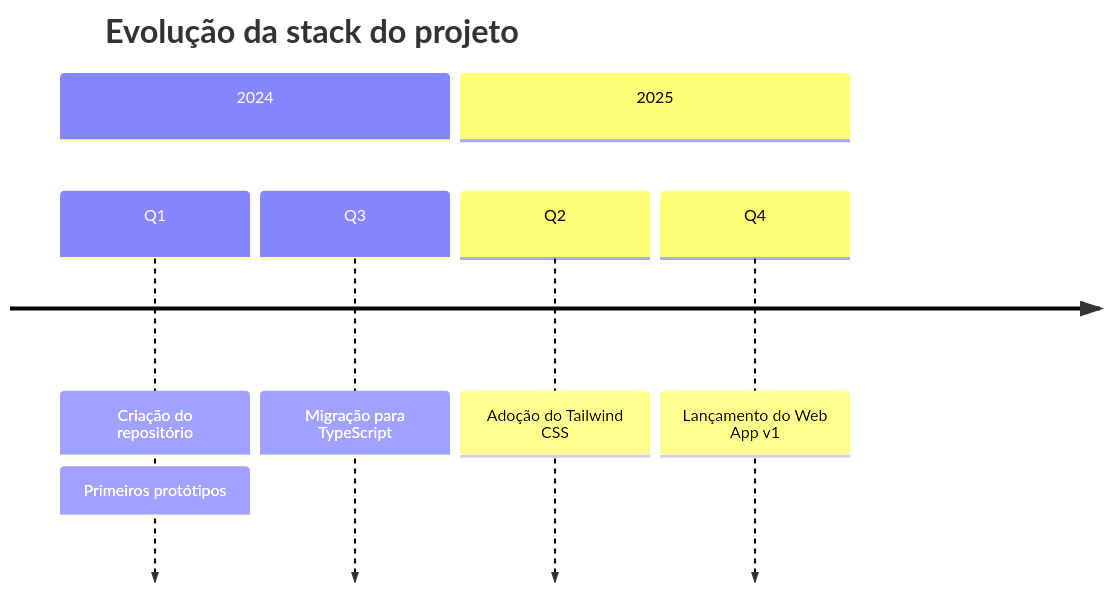
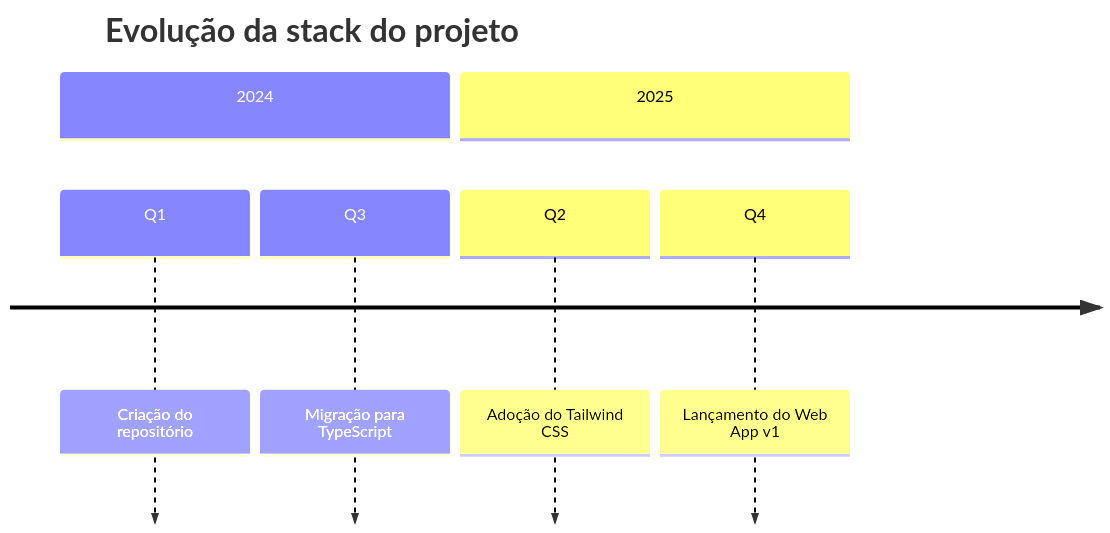
One commit to leorruas/programacao changed diagram 13 of 14 in mermaid/Sintaxe e possibilidades com Mermaid.md. Above: the diagram before and after it, drawn with Mermaid. The commit also changed other lines of this file and 4 other files, not shown here.

Commit message:
fix(mermaid): corrigir sintaxe de nós e garantir alto contraste para timeline, mindmap, quadrant e gantt

````diff
--- a/mermaid/Sintaxe e possibilidades com Mermaid.md
+++ b/mermaid/Sintaxe e possibilidades com Mermaid.md
@@ -449,10 +433,10 @@
 ```mermaid
 timeline
     title Evolução da stack do projeto
     section 2024
-        Q1 : Criação do repositório : Primeiros protótipos
+        Q1 : Criação do repositório
         Q3 : Migração para TypeScript
     section 2025
         Q2 : Adoção do Tailwind CSS
         Q4 : Lançamento do Web App v1
 ```
````
